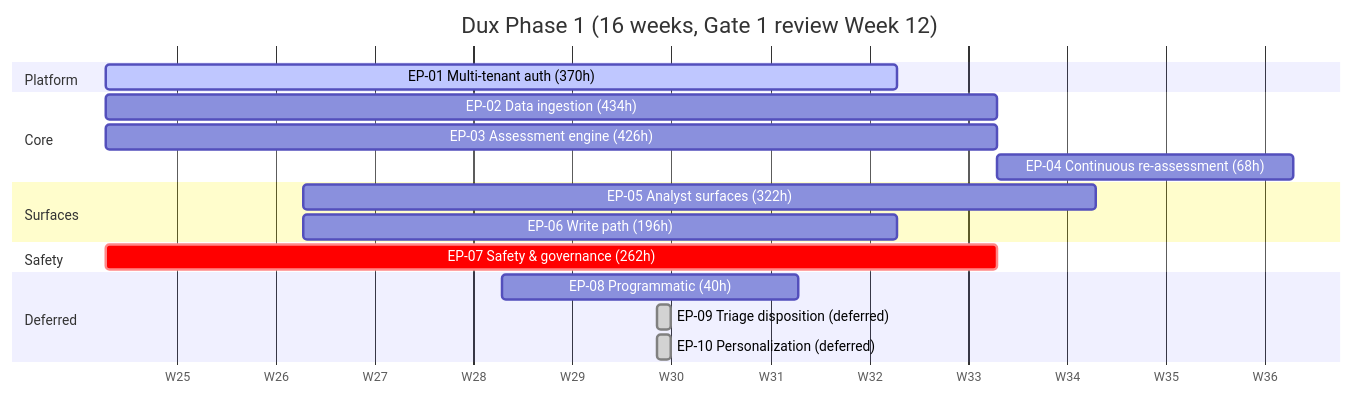
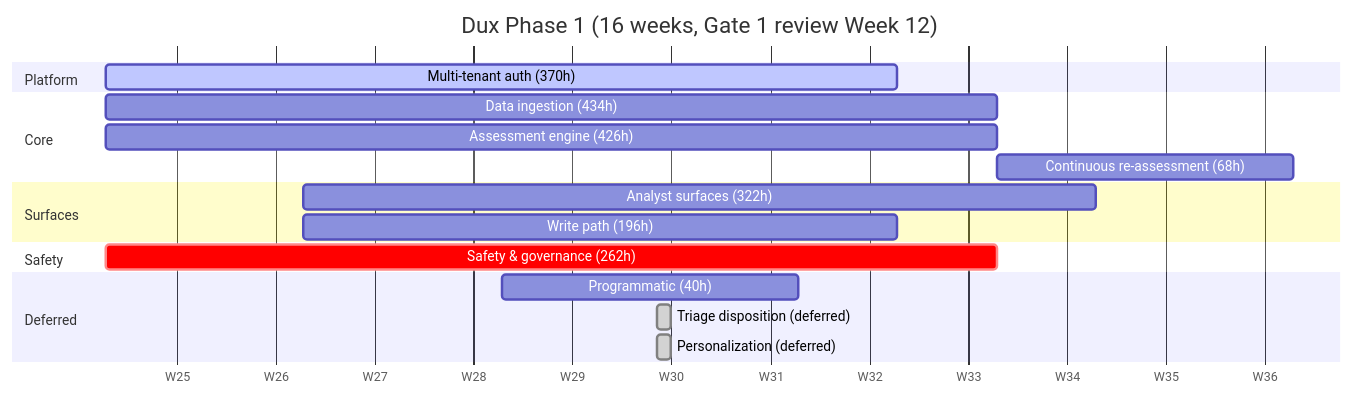
One commit to sagichubook/claude-obsidian changed the diagram in wiki/projects/dux/Dux Portfolio.md. Above: the diagram before and after it, drawn with Mermaid. The commit also changed other lines of this file and 96 other files, not shown here.

````diff
--- a/wiki/projects/dux/Dux Portfolio.md
+++ b/wiki/projects/dux/Dux Portfolio.md
@@ -75,21 +52,21 @@
 ```mermaid
 gantt
     title Dux Phase 1 (16 weeks, Gate 1 review Week 12)
     dateFormat YYYY-MM-DD
     axisFormat W%W
     section Platform
-    EP-01 Multi-tenant auth (370h)      :active, ep01, 2026-06-23, 8w
+    Multi-tenant auth (370h)      :active, ep01, 2026-06-23, 8w
     section Core
-    EP-02 Data ingestion (434h)         :ep02, 2026-06-23, 9w
-    EP-03 Assessment engine (426h)      :ep03, 2026-06-23, 9w
-    EP-04 Continuous re-assessment (68h) :ep04, after ep03, 3w
+    Data ingestion (434h)         :ep02, 2026-06-23, 9w
+    Assessment engine (426h)      :ep03, 2026-06-23, 9w
+    Continuous re-assessment (68h) :ep04, after ep03, 3w
     section Surfaces
-    EP-05 Analyst surfaces (322h)       :ep05, 2026-07-07, 8w
-    EP-06 Write path (196h)             :ep06, 2026-07-07, 6w
+    Analyst surfaces (322h)       :ep05, 2026-07-07, 8w
+    Write path (196h)             :ep06, 2026-07-07, 6w
     section Safety
-    EP-07 Safety & governance (262h)    :crit, ep07, 2026-06-23, 9w
+    Safety & governance (262h)    :crit, ep07, 2026-06-23, 9w
     section Deferred
-    EP-08 Programmatic (40h)            :ep08, 2026-07-21, 3w
-    EP-09 Triage disposition (deferred) :done, ep09, 2026-08-01, 1d
-    EP-10 Personalization (deferred)    :done, ep10, 2026-08-01, 1d
+    Programmatic (40h)            :ep08, 2026-07-21, 3w
+    Triage disposition (deferred) :done, ep09, 2026-08-01, 1d
+    Personalization (deferred)    :done, ep10, 2026-08-01, 1d
 ```
````
